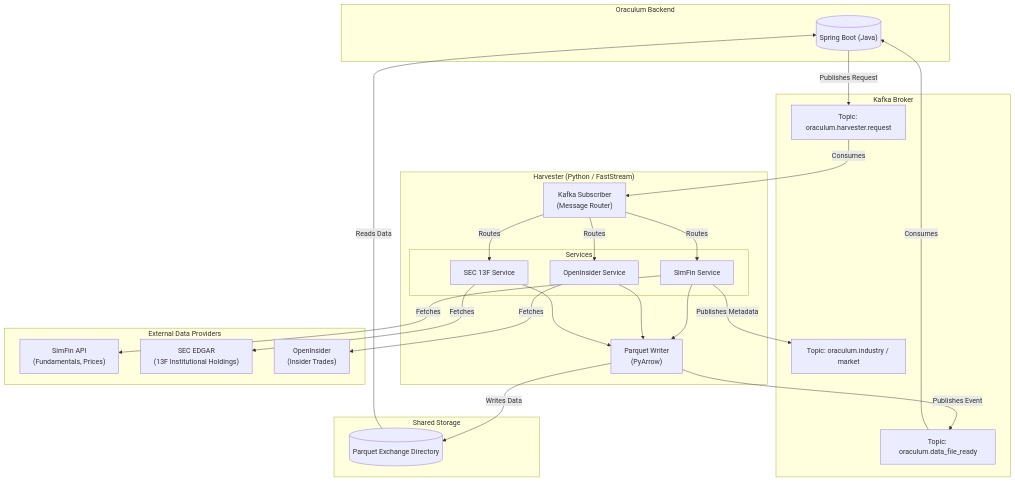
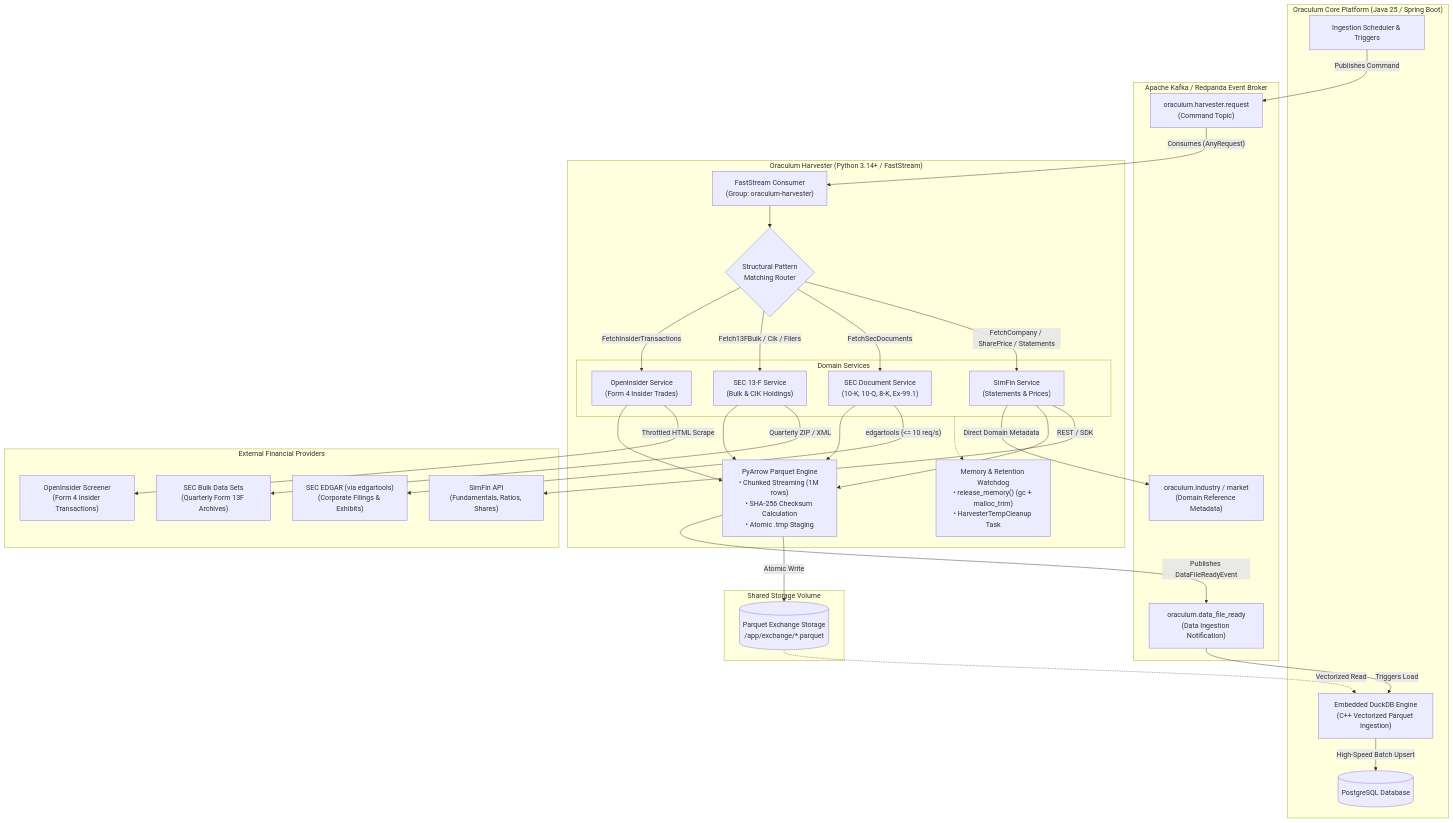
The diagram in README.md (amanitka/oraculum-harvester), drawn with Mermaid before and after one commit. The commit also changed other lines of this file, not shown here.

Commit message:
Expanded and modernized the `README.md` with detailed project description, data pipeline architecture, command catalog, configuration instructions, and container deployment steps. Streamlined structure for clarity and developer usability.

````diff
--- a/README.md
+++ b/README.md
@@ -11,57 +58,70 @@
 ```mermaid
 flowchart TD
-    subgraph Backend ["Oraculum Backend"]
-        Spring[("Spring Boot (Java)")]
+    subgraph SpringPlatform ["Oraculum Core Platform (Java 25 / Spring Boot)"]
+        Scheduler["Ingestion Scheduler & Triggers"]
+        DuckDBEngine["Embedded DuckDB Engine<br/>(C++ Vectorized Parquet Ingestion)"]
+        PostgresDB[("PostgreSQL Database")]
     end
 
-    subgraph Kafka ["Kafka Broker"]
-        TopicReq["Topic: oraculum.harvester.request"]
-        TopicReady["Topic: oraculum.data_file_ready"]
-        TopicMeta["Topic: oraculum.industry / market"]
+    subgraph KafkaBus ["Apache Kafka / Redpanda Event Broker"]
+        TopicReq["oraculum.harvester.request<br/>(Command Topic)"]
+        TopicReady["oraculum.data_file_ready<br/>(Data Ingestion Notification)"]
+        TopicMeta["oraculum.industry / market<br/>(Domain Reference Metadata)"]
     end
 
-    subgraph Harvester ["Harvester (Python / FastStream)"]
-        Subscriber["Kafka Subscriber<br/>(Message Router)"]
+    subgraph HarvesterWorker ["Oraculum Harvester (Python 3.14+ / FastStream)"]
+        Subscriber["FastStream Consumer<br/>(Group: oraculum-harvester)"]
+        Router{"Structural Pattern<br/>Matching Router"}
         
-        subgraph Services ["Services"]
-            SimFinSvc["SimFin Service"]
-            OpenInsiderSvc["OpenInsider Service"]
-            SECSvc["SEC 13F Service"]
+        subgraph Services ["Domain Services"]
+            SimFinSvc["SimFin Service<br/>(Statements & Prices)"]
+            SecDocSvc["SEC Document Service<br/>(10-K, 10-Q, 8-K, Ex-99.1)"]
+            Sec13FSvc["SEC 13-F Service<br/>(Bulk & CIK Holdings)"]
+            InsiderSvc["OpenInsider Service<br/>(Form 4 Insider Trades)"]
         end
         
-        ParquetWriter["Parquet Writer<br/>(PyArrow)"]
+        ParquetEngine["PyArrow Parquet Engine<br/>• Chunked Streaming (1M rows)<br/>• SHA-256 Checksum Calculation<br/>• Atomic .tmp Staging"]
+        MemMgr["Memory & Retention Watchdog<br/>• release_memory() (gc + malloc_trim)<br/>• HarvesterTempCleanup Task"]
     end
 
-    subgraph Providers ["External Data Providers"]
-        SimFinAPI["SimFin API<br/>(Fundamentals, Prices)"]
-        SEC_EDGAR["SEC EDGAR<br/>(13F Institutional Holdings)"]
-        OpenInsiderAPI["OpenInsider<br/>(Insider Trades)"]
+    subgraph Providers ["External Financial Providers"]
+        SimFinAPI["SimFin API<br/>(Fundamentals, Ratios, Shares)"]
+        EDGAR_API["SEC EDGAR (via edgartools)<br/>(Corporate Filings & Exhibits)"]
+        SEC_13F_HTTP["SEC Bulk Data Sets<br/>(Quarterly Form 13F Archives)"]
+        OpenInsiderHTTP["OpenInsider Screener<br/>(Form 4 Insider Transactions)"]
     end
 
-    subgraph Storage ["Shared Storage"]
-        ExchangeDir[("Parquet Exchange Directory")]
+    subgraph Storage ["Shared Storage Volume"]
+        ExchangeDir[("Parquet Exchange Storage<br/>/app/exchange/*.parquet")]
     end
 
-    %% Flow
-    Spring -->|"Publishes Request"| TopicReq
-    TopicReq -->|"Consumes"| Subscriber
+    %% Communication Flow
+    Scheduler -->|"Publishes Command"| TopicReq
+    TopicReq -->|"Consumes (AnyRequest)"| Subscriber
+    Subscriber --> Router
     
-    Subscriber -->|"Routes"| SimFinSvc
-    Subscriber -->|"Routes"| OpenInsiderSvc
-    Subscriber -->|"Routes"| SECSvc
+    Router -->|FetchCompany / SharePrice / Statements| SimFinSvc
+    Router -->|FetchSecDocuments| SecDocSvc
+    Router -->|Fetch13FBulk / Cik / Filers| Sec13FSvc
+    Router -->|FetchInsiderTransactions| InsiderSvc
     
-    SimFinSvc -->|"Fetches"| SimFinAPI
-    OpenInsiderSvc -->|"Fetches"| OpenInsiderAPI
-    SECSvc -->|"Fetches"| SEC_EDGAR
+    SimFinSvc -->|"REST / SDK"| SimFinAPI
+    SecDocSvc -->|"edgartools (<= 10 req/s)"| EDGAR_API
+    Sec13FSvc -->|"Quarterly ZIP / XML"| SEC_13F_HTTP
+    InsiderSvc -->|"Throttled HTML Scrape"| OpenInsiderHTTP
     
-    SimFinSvc --> ParquetWriter
-    OpenInsiderSvc --> ParquetWriter
-    SECSvc --> ParquetWriter
+    SimFinSvc --> ParquetEngine
+    SecDocSvc --> ParquetEngine
+    Sec13FSvc --> ParquetEngine
+    InsiderSvc --> ParquetEngine
     
-    ParquetWriter -->|"Writes Data"| ExchangeDir
-    ParquetWriter -->|"Publishes Event"| TopicReady
-    SimFinSvc -->|"Publishes Metadata"| TopicMeta
+    ParquetEngine -->|"Atomic Write"| ExchangeDir
+    ParquetEngine -->|"Publishes DataFileReadyEvent"| TopicReady
+    SimFinSvc -->|"Direct Domain Metadata"| TopicMeta
     
-    TopicReady -->|"Consumes"| Spring
-    ExchangeDir -->|"Reads Data"| Spring
+    TopicReady -->|"Triggers Load"| DuckDBEngine
+    ExchangeDir -.->|"Vectorized Read"| DuckDBEngine
+    DuckDBEngine -->|"High-Speed Batch Upsert"| PostgresDB
+    
+    Services -.-> MemMgr
 ```
````
